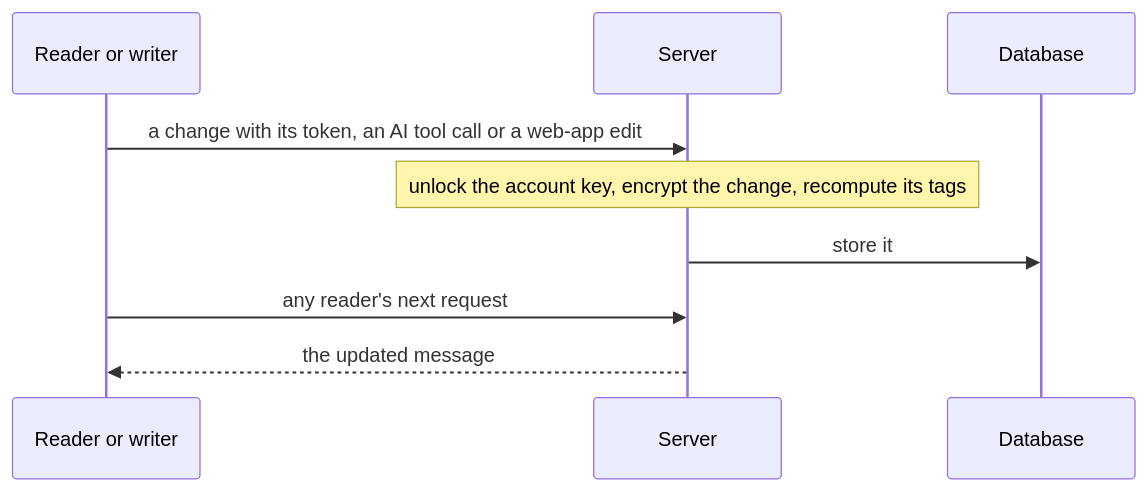
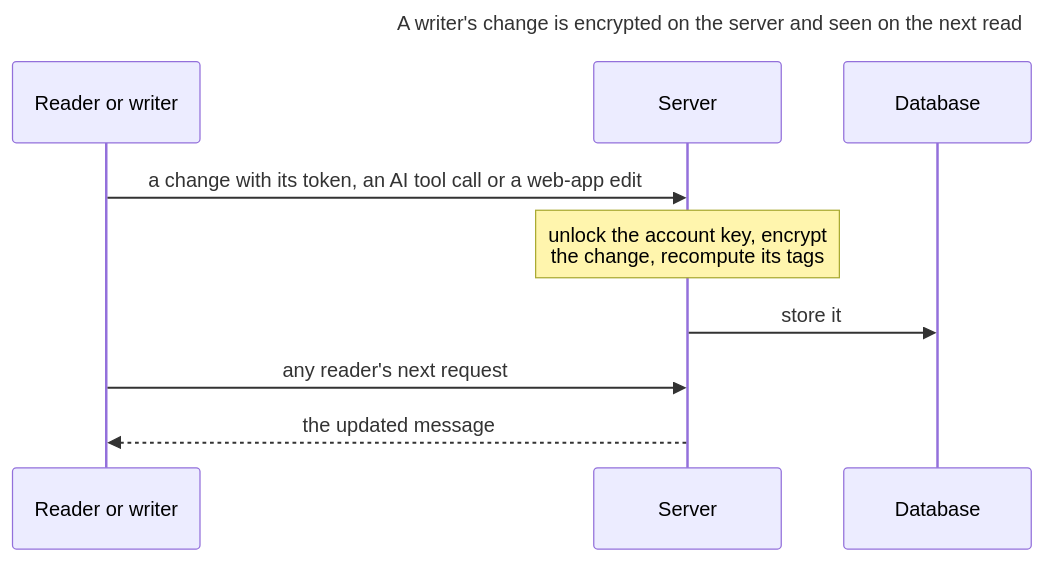
Before and after one commit to ajs-consult-llc/mirror-encryption-rfc: the diagram in diagrams/update-4-parties-2.mmd, drawn with Mermaid. The commit also changed 23 other files, not shown here.

First line of the commit message:
Diagrams that read: titles, short lines, vertical layouts

```diff
--- a/diagrams/update-4-parties-2.mmd
+++ b/diagrams/update-4-parties-2.mmd
@@ -1,11 +1,14 @@
+---
+title: "A writer's change is encrypted on the server and seen on the next read"
+---
 sequenceDiagram
   accTitle: A writer's change is encrypted on the server and seen on the next read
   accDescr: Update. A reader or writer sends a change with its token, such as an AI tool call or a web-app edit. The server unlocks the account key, encrypts the change, recomputes its tags and stores it. On any reader's next request, the server returns the updated message.
   participant R as Reader or writer
   participant S as Server
   participant DB as Database
   R->>S: a change with its token, an AI tool call or a web-app edit
-  Note over S: unlock the account key, encrypt the change, recompute its tags
+  Note over S: unlock the account key, encrypt<br/>the change, recompute its tags
   S->>DB: store it
   R->>S: any reader's next request
   S-->>R: the updated message
```
